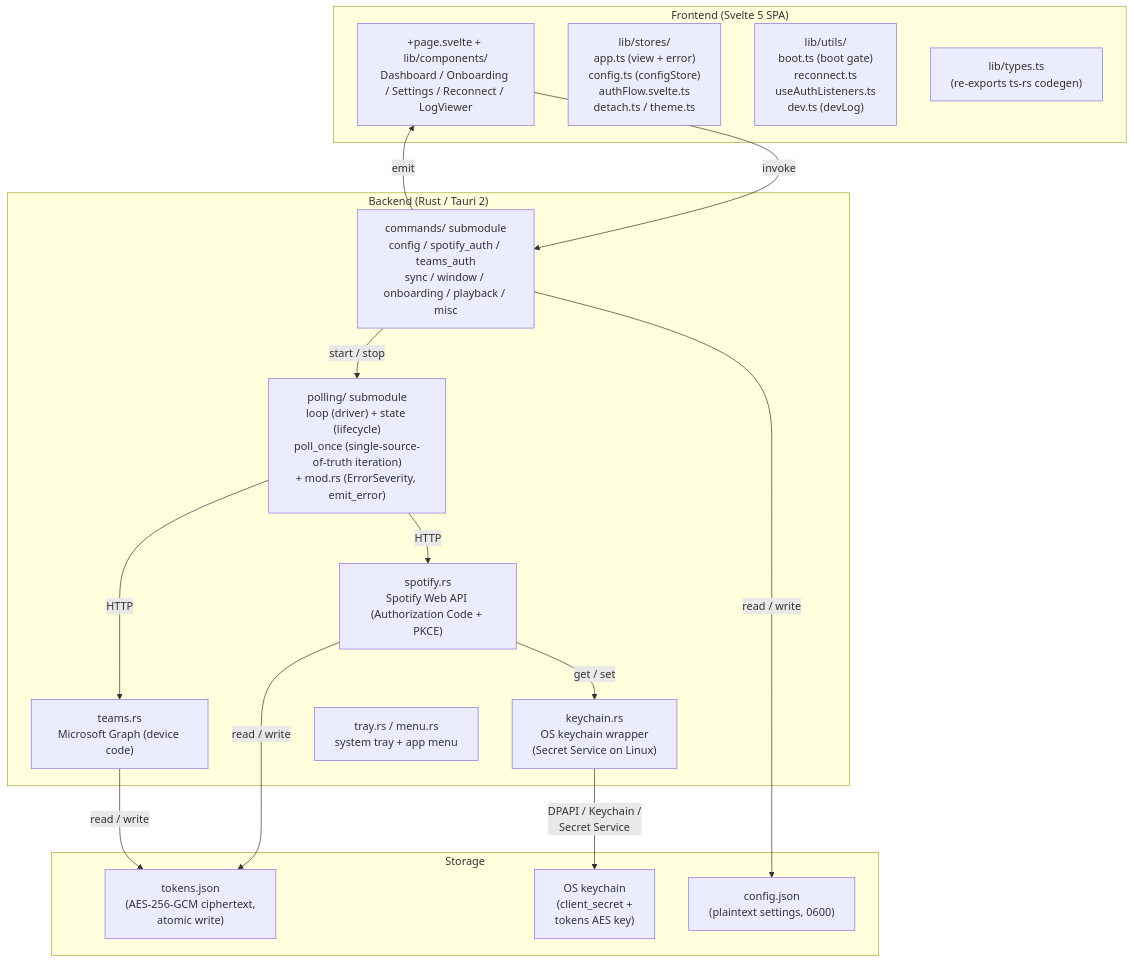
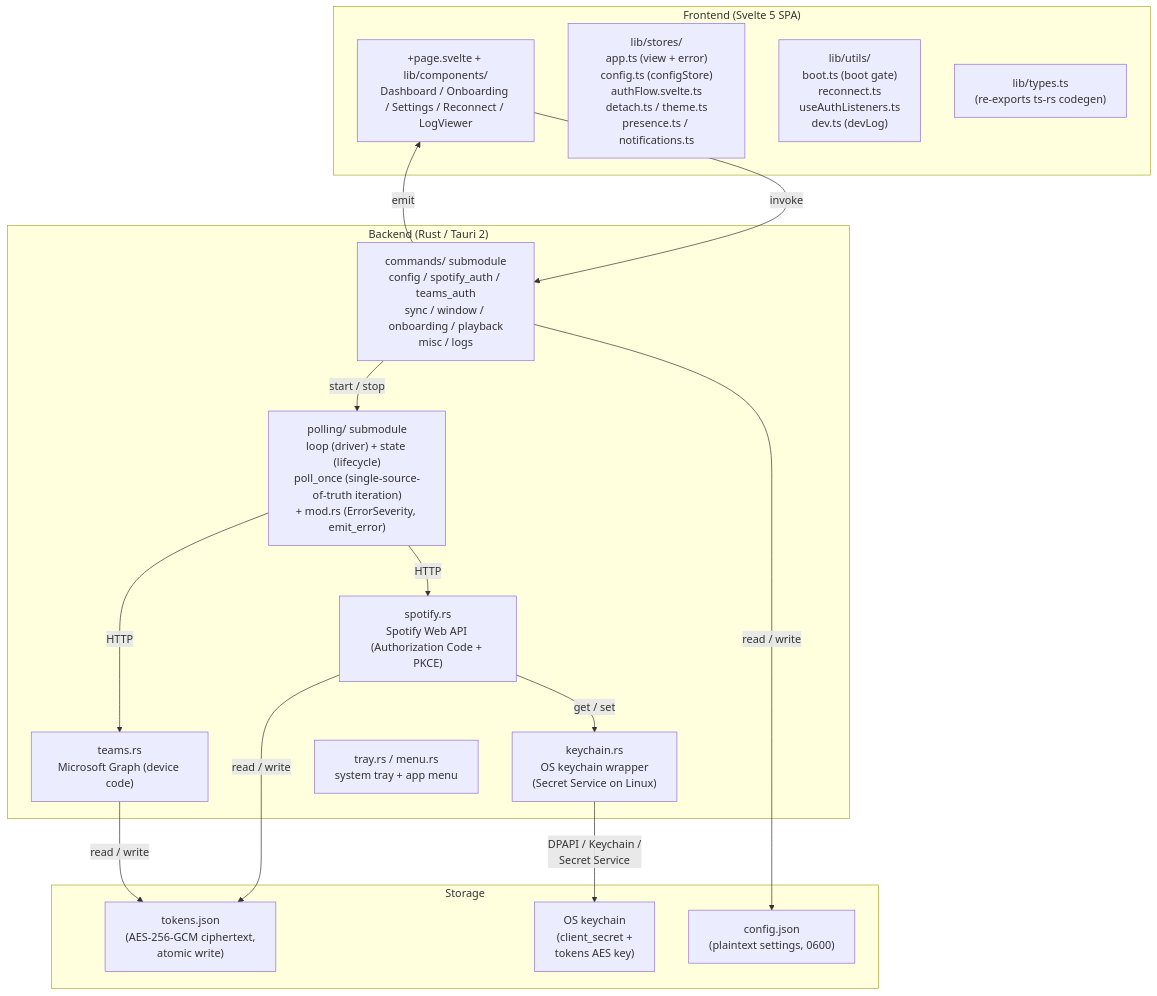
Before and after one commit to Carme99/PresenceJam-Desktop: the first of 8 diagrams in ARCHITECTURE.md, drawn with Mermaid. The commit also changed other lines of this file, not shown here.

````diff
--- a/ARCHITECTURE.md
+++ b/ARCHITECTURE.md
@@ -49,35 +49,35 @@
 ```mermaid
 graph TD
     subgraph Frontend ["Frontend (Svelte 5 SPA)"]
         UI["+page.svelte + lib/components/<br/>Dashboard / Onboarding / Settings / Reconnect / LogViewer"]
-        Stores["lib/stores/<br/>app.ts (view + error)<br/>config.ts (configStore)<br/>authFlow.svelte.ts<br/>detach.ts / theme.ts"]
+        Stores["lib/stores/<br/>app.ts (view + error)<br/>config.ts (configStore)<br/>authFlow.svelte.ts<br/>detach.ts / theme.ts<br/>presence.ts / notifications.ts"]
         Utils["lib/utils/<br/>boot.ts (boot gate)<br/>reconnect.ts<br/>useAuthListeners.ts<br/>dev.ts (devLog)"]
         Types["lib/types.ts<br/>(re-exports ts-rs codegen)"]
     end
 
     subgraph Backend ["Backend (Rust / Tauri 2)"]
-        Commands["commands/ submodule<br/>config / spotify_auth / teams_auth<br/>sync / window / onboarding / playback / misc"]
+        Commands["commands/ submodule<br/>config / spotify_auth / teams_auth<br/>sync / window / onboarding / playback<br/>misc / logs"]
         Polling["polling/ submodule<br/>loop (driver) + state (lifecycle)<br/>poll_once (single-source-of-truth iteration)<br/>+ mod.rs (ErrorSeverity, emit_error)"]
         SpotifyAPI["spotify.rs<br/>Spotify Web API (Authorization Code + PKCE)"]
         TeamsAPI["teams.rs<br/>Microsoft Graph (device code)"]
         Keychain["keychain.rs<br/>OS keychain wrapper<br/>(Secret Service on Linux)"]
         Tray["tray.rs / menu.rs<br/>system tray + app menu"]
     end
 
     subgraph Storage ["Storage"]
         Tokens["tokens.json<br/>(AES-256-GCM ciphertext,<br/>atomic write)"]
         Secret["OS keychain<br/>(client_secret +<br/>tokens AES key)"]
         Config["config.json<br/>(plaintext settings, 0600)"]
     end
 
     UI -->|"invoke<Cmd>"| Commands
     Commands -->|"emit<Event>"| UI
     Commands -->|"start / stop"| Polling
     Polling -->|"HTTP"| SpotifyAPI
     Polling -->|"HTTP"| TeamsAPI
     SpotifyAPI -->|"read / write"| Tokens
     TeamsAPI -->|"read / write"| Tokens
     SpotifyAPI -->|"get / set"| Keychain
     Commands -->|"read / write"| Config
     Keychain -->|"DPAPI / Keychain /<br/>Secret Service"| Secret
 ```
````
